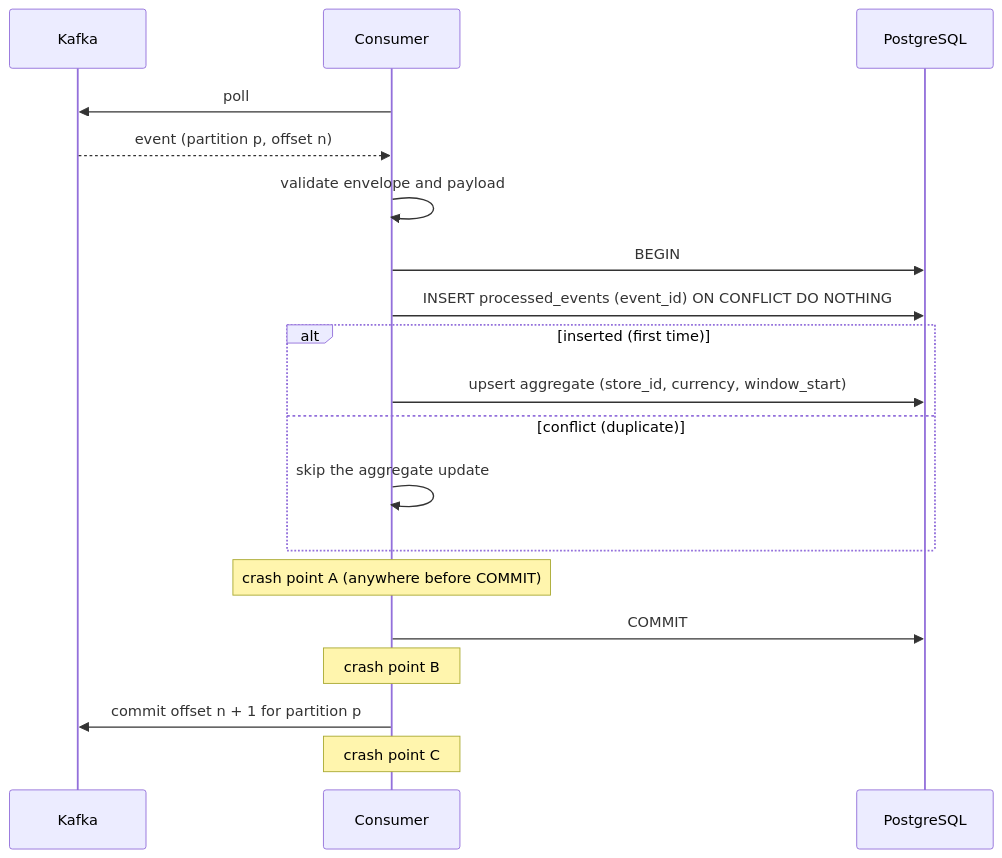
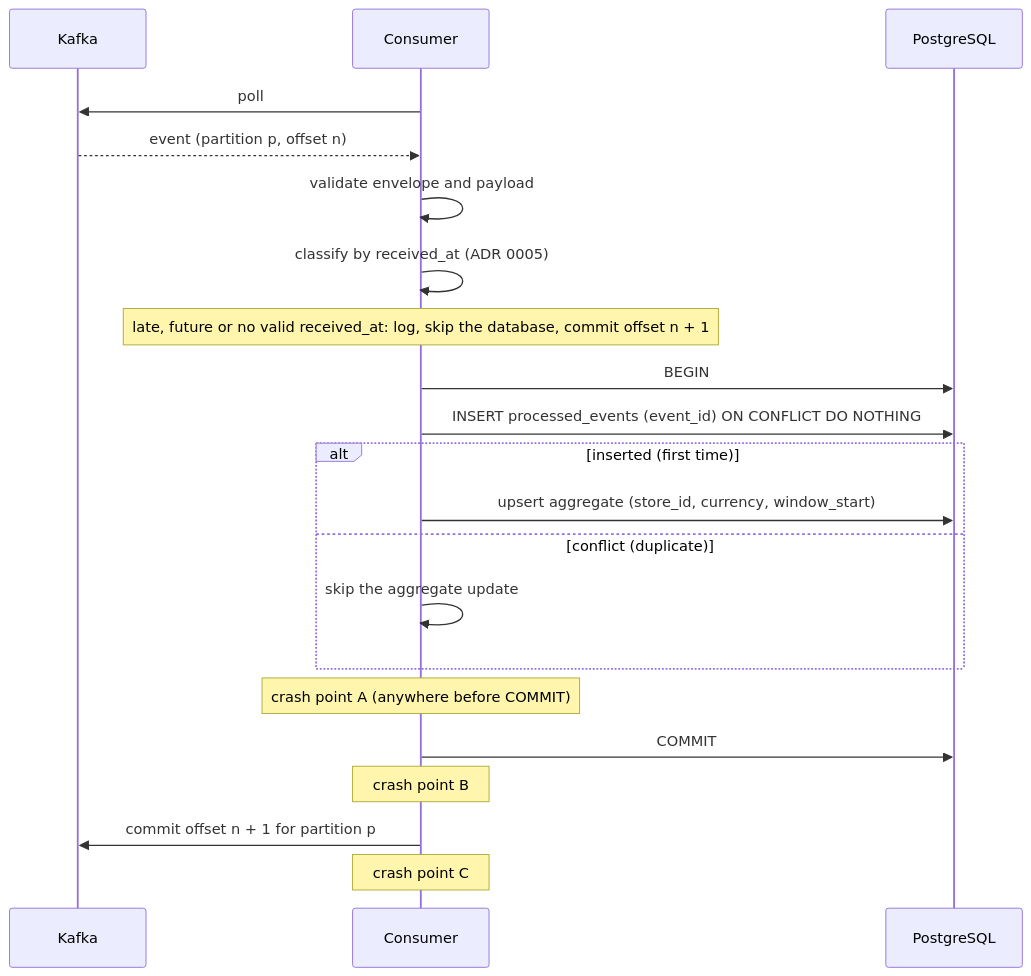
One commit to felzov/realtime-event-processing-system changed the second of 2 diagrams in docs/architecture.md. Above: the diagram before and after it, drawn with Mermaid. The commit also changed other lines of this file and 2 other files, not shown here.

First line of the commit message:
Document the late-event policy and what phases 1-4 prove

````diff
--- a/docs/architecture.md
+++ b/docs/architecture.md
@@ -51,22 +63,24 @@
 ```mermaid
 sequenceDiagram
     participant K as Kafka
     participant C as Consumer
     participant DB as PostgreSQL
 
     C->>K: poll
     K-->>C: event (partition p, offset n)
     C->>C: validate envelope and payload
+    C->>C: classify by received_at (ADR 0005)
+    Note over C: late, future or no valid received_at: log, skip the database, commit offset n + 1
     C->>DB: BEGIN
     C->>DB: INSERT processed_events (event_id) ON CONFLICT DO NOTHING
     alt inserted (first time)
         C->>DB: upsert aggregate (store_id, currency, window_start)
     else conflict (duplicate)
         C->>C: skip the aggregate update
     end
     Note over C: crash point A (anywhere before COMMIT)
     C->>DB: COMMIT
     Note over C: crash point B
     C->>K: commit offset n + 1 for partition p
     Note over C: crash point C
 ```
````
